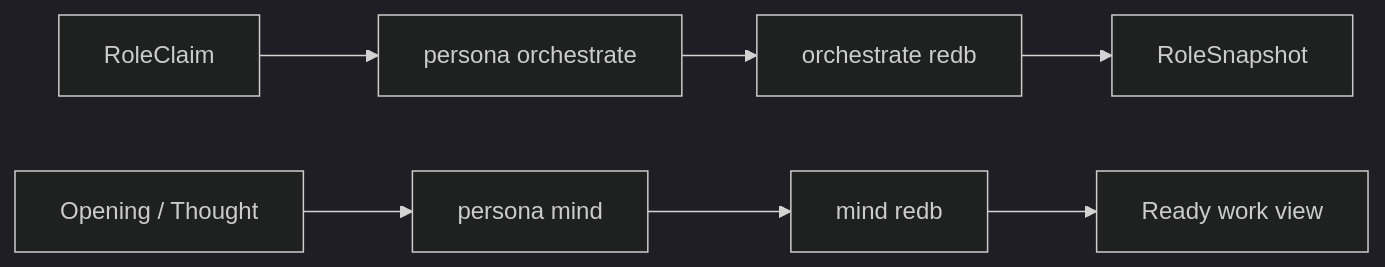
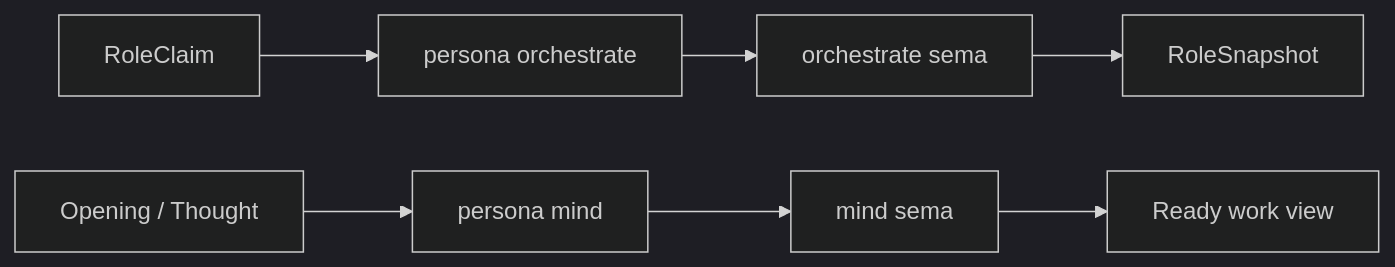
The ninth of 9 diagrams in ARCHITECTURE.md (LiGoldragon/persona), drawn with Mermaid (dark theme) before and after one commit. The commit also changed other lines of this file and 46 other files, not shown here.

````diff
--- a/ARCHITECTURE.md
+++ b/ARCHITECTURE.md
@@ -1211,9 +1211,9 @@
 ```mermaid
 graph LR
     claim[RoleClaim] --> orchestrate[persona orchestrate]
-    orchestrate --> orchestrate_db[orchestrate redb]
+    orchestrate --> orchestrate_db[orchestrate sema]
     orchestrate_db --> role_view[RoleSnapshot]
     work[Opening / Thought] --> mind[persona mind]
-    mind --> mind_db[mind redb]
+    mind --> mind_db[mind sema]
     mind_db --> work_view[Ready work view]
 ```
````
